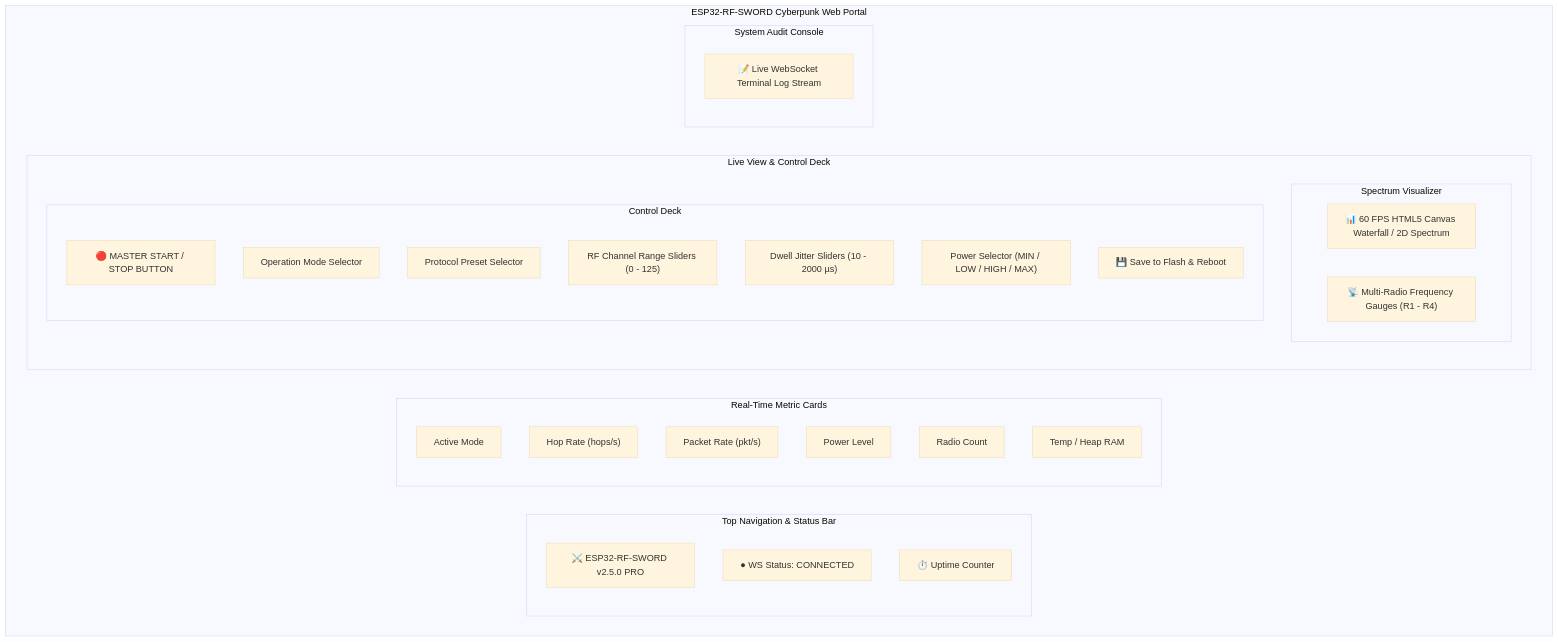
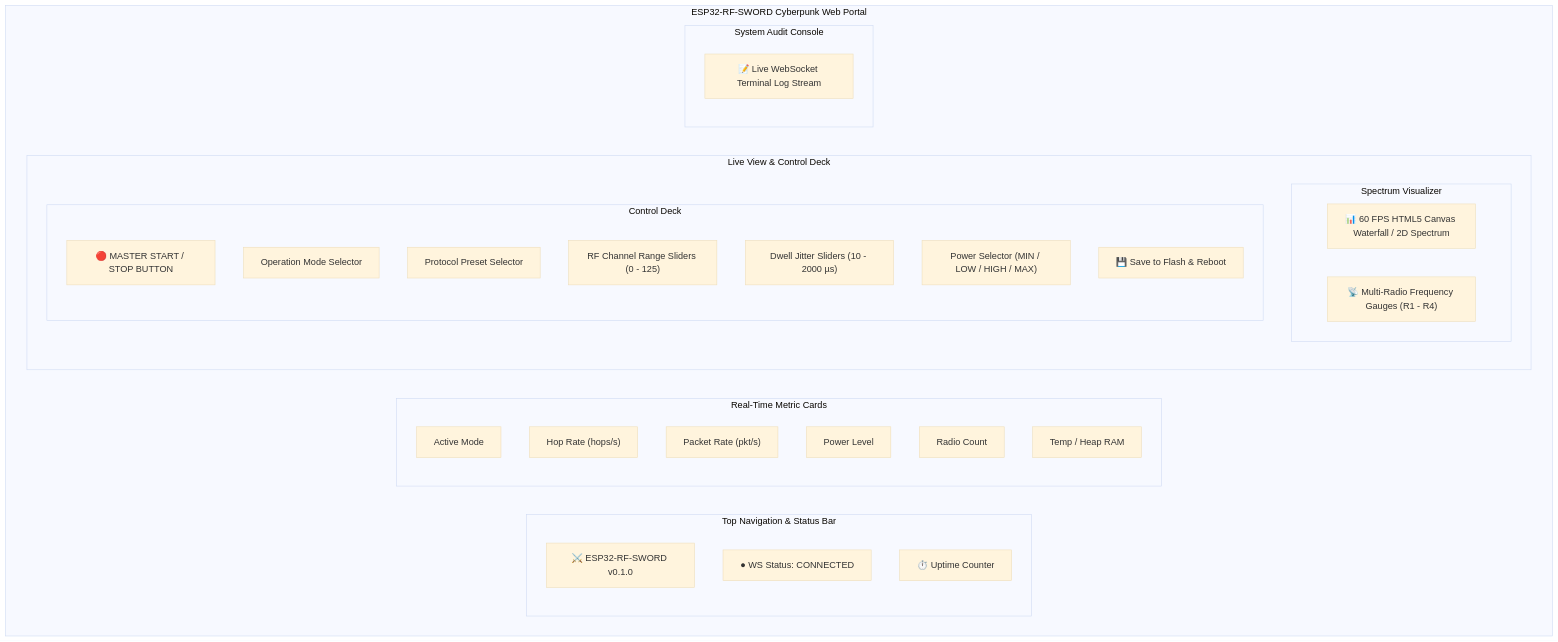
Before and after one commit to AtaCanYmc/esp32-rf-sword: the first of 2 diagrams in docs/WEB_INTERFACE.md, drawn with Mermaid (base theme). The commit also changed 10 other files, not shown here.

````diff
--- a/docs/WEB_INTERFACE.md
+++ b/docs/WEB_INTERFACE.md
@@ -22,39 +22,39 @@
 ```mermaid
 flowchart TD
     subgraph WEB_DASHBOARD ["ESP32-RF-SWORD Cyberpunk Web Portal"]
         subgraph HEADER ["Top Navigation & Status Bar"]
-            BRAND["⚔️ ESP32-RF-SWORD v2.5.0 PRO"]
+            BRAND["⚔️ ESP32-RF-SWORD v0.1.0"]
             STATUS["● WS Status: CONNECTED"]
             UPTIME["⏱️ Uptime Counter"]
         end
 
         subgraph METRICS ["Real-Time Metric Cards"]
             M_MODE["Active Mode"]
             M_HOPS["Hop Rate (hops/s)"]
             M_PKT["Packet Rate (pkt/s)"]
             M_PWR["Power Level"]
             M_RAD["Radio Count"]
             M_HEALTH["Temp / Heap RAM"]
         end
 
         subgraph MAIN_BODY ["Live View & Control Deck"]
             subgraph LEFT_PANEL ["Spectrum Visualizer"]
                 CANVAS["📊 60 FPS HTML5 Canvas Waterfall / 2D Spectrum"]
                 GAUGES["📡 Multi-Radio Frequency Gauges (R1 - R4)"]
             end
             subgraph RIGHT_PANEL ["Control Deck"]
                 MASTER_BTN["🔴 MASTER START / STOP BUTTON"]
                 MODE_SEL["Operation Mode Selector"]
                 PRESET_SEL["Protocol Preset Selector"]
                 CHAN_SLIDER["RF Channel Range Sliders (0 - 125)"]
                 DWELL_SLIDER["Dwell Jitter Sliders (10 - 2000 µs)"]
                 PWR_SEG["Power Selector (MIN / LOW / HIGH / MAX)"]
                 FLASH_ACTIONS["💾 Save to Flash & Reboot"]
             end
         end
 
         subgraph LOG_VIEW ["System Audit Console"]
             LOG_STREAM["📝 Live WebSocket Terminal Log Stream"]
         end
     end
 ```
````
